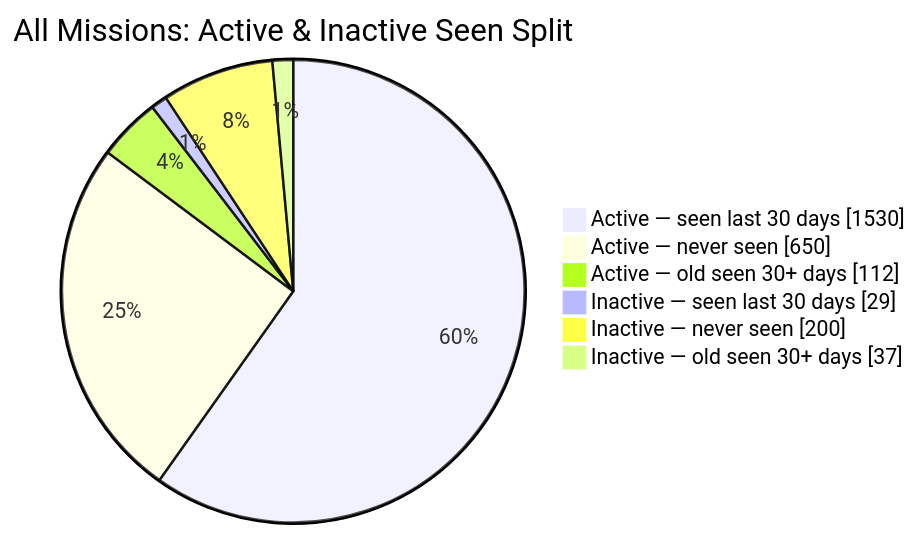
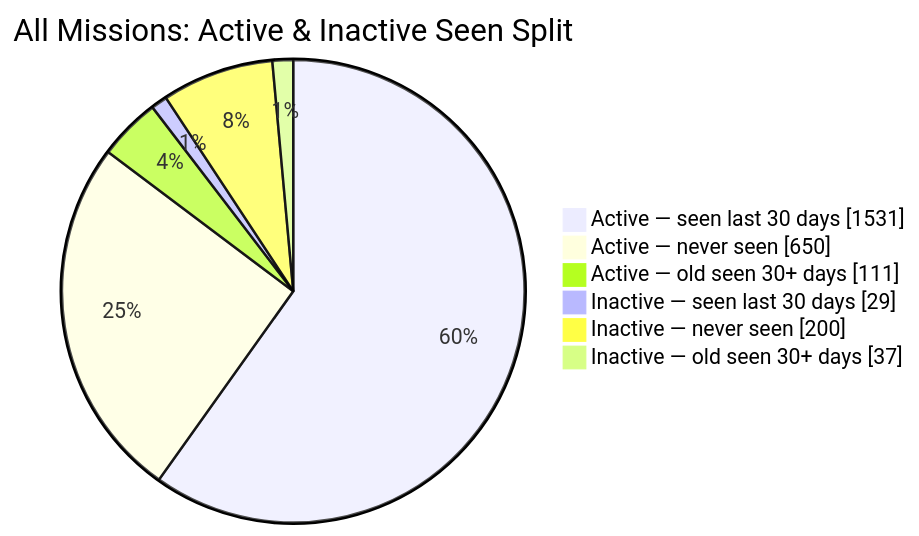
Before and after one commit to MeldkamerspelGameTeam/active-missions: the second of 2 diagrams in README.md, drawn with Mermaid. The commit also changed other lines of this file and 3 other files, not shown here.

````diff
--- a/README.md
+++ b/README.md
@@ -44,10 +44,10 @@
 ```mermaid
 pie showData
     title All Missions: Active & Inactive Seen Split
-    "Active — seen last 30 days" : 1530
+    "Active — seen last 30 days" : 1531
     "Active — never seen" : 650
-    "Active — old seen 30+ days" : 112
+    "Active — old seen 30+ days" : 111
     "Inactive — seen last 30 days" : 29
     "Inactive — never seen" : 200
     "Inactive — old seen 30+ days" : 37
 ```
````
